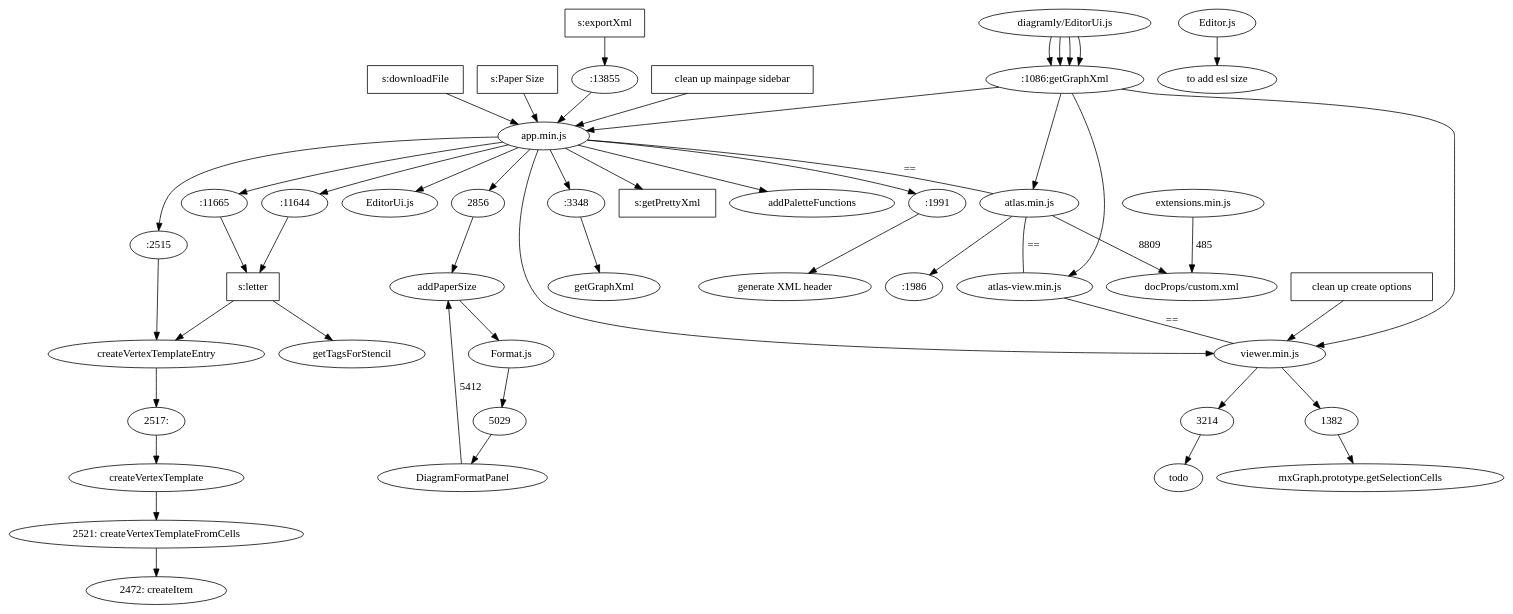
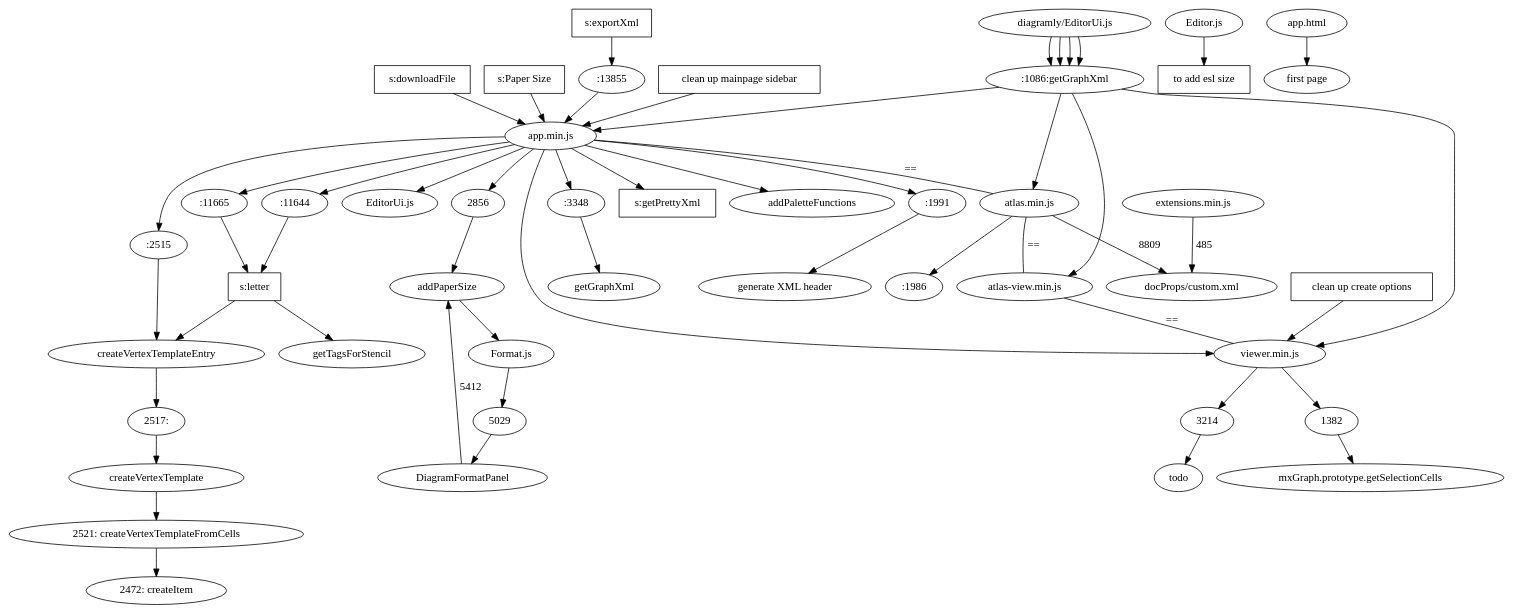
The diagram in relation.dot (heraldia/drawio), drawn with Graphviz before and after one commit. The commit also changed 12 other files, not shown here.

```diff
--- a/relation.dot
+++ b/relation.dot
@@ -1,43 +1,44 @@
 digraph drawIo{
 //s: search 
 "diagramly/EditorUi.js"->":1086:getGraphXml" -> "app.min.js" -> 
 "viewer.min.js"->"1382"-> "mxGraph.prototype.getSelectionCells";
 
 "diagramly/EditorUi.js"->":1086:getGraphXml" -> "atlas.min.js" -> ":1986";
 "s:letter" [shape = box];
 
 "app.min.js" -> ":11644"-> "s:letter" -> "getTagsForStencil";
 "app.min.js" ->":11665"-> "s:letter" -> "createVertexTemplateEntry";
 "s:downloadFile" [shape = box];
 "s:downloadFile" -> "app.min.js" -> "EditorUi.js";
 "app.min.js" -> ":2515" -> "createVertexTemplateEntry" -> "2517:" -> "createVertexTemplate" -> "2521: createVertexTemplateFromCells" -> "2472: createItem";
 //"app.min.js" -> ":2031" -> "A1 (594 mm x 841 mm)";
 //"atlas.min.js" -> ":2032" -> "A1 (594 mm x 841 mm)";
 "diagramly/EditorUi.js"->":1086:getGraphXml" -> "atlas-view.min.js";
 "diagramly/EditorUi.js"->":1086:getGraphXml" -> "viewer.min.js";
 
 "app.min.js" -> "atlas.min.js" -> "atlas-view.min.js" -> "viewer.min.js" [label = "==", arrowhead="none" ];
 
 "s:Paper Size" [shape = box];
 "s:Paper Size" -> "app.min.js" -> "2856" -> "addPaperSize";
 "addPaperSize" -> "Format.js" -> "5029" -> "DiagramFormatPanel";
 "DiagramFormatPanel" -> "addPaperSize" [label= "5412" ];
 "atlas.min.js"  -> "docProps/custom.xml" [label = "8809" ];
 "extensions.min.js" -> "docProps/custom.xml" [label = "485"]; 
+"to add esl size" [shape = box];
 "Editor.js" -> "to add esl size";
 
 "app.min.js" -> ":3348" ->"getGraphXml"; 
 "app.min.js" -> ":1991" ->"generate XML header"; 
 "app.min.js" -> "s:getPrettyXml";
 "s:getPrettyXml"[shape = box];
 "s:exportXml" [shape = box];
 
 "s:exportXml" -> ":13855" -> "app.min.js";
 "clean up create options" [shape = box];
 "clean up create options" -> "viewer.min.js" -> 3214 -> "todo";
 
 "clean up mainpage sidebar" [shape = box];
 "clean up mainpage sidebar" -> "app.min.js" -> "addPaletteFunctions";
 
-
+"app.html" -> "first page"
 }
```
